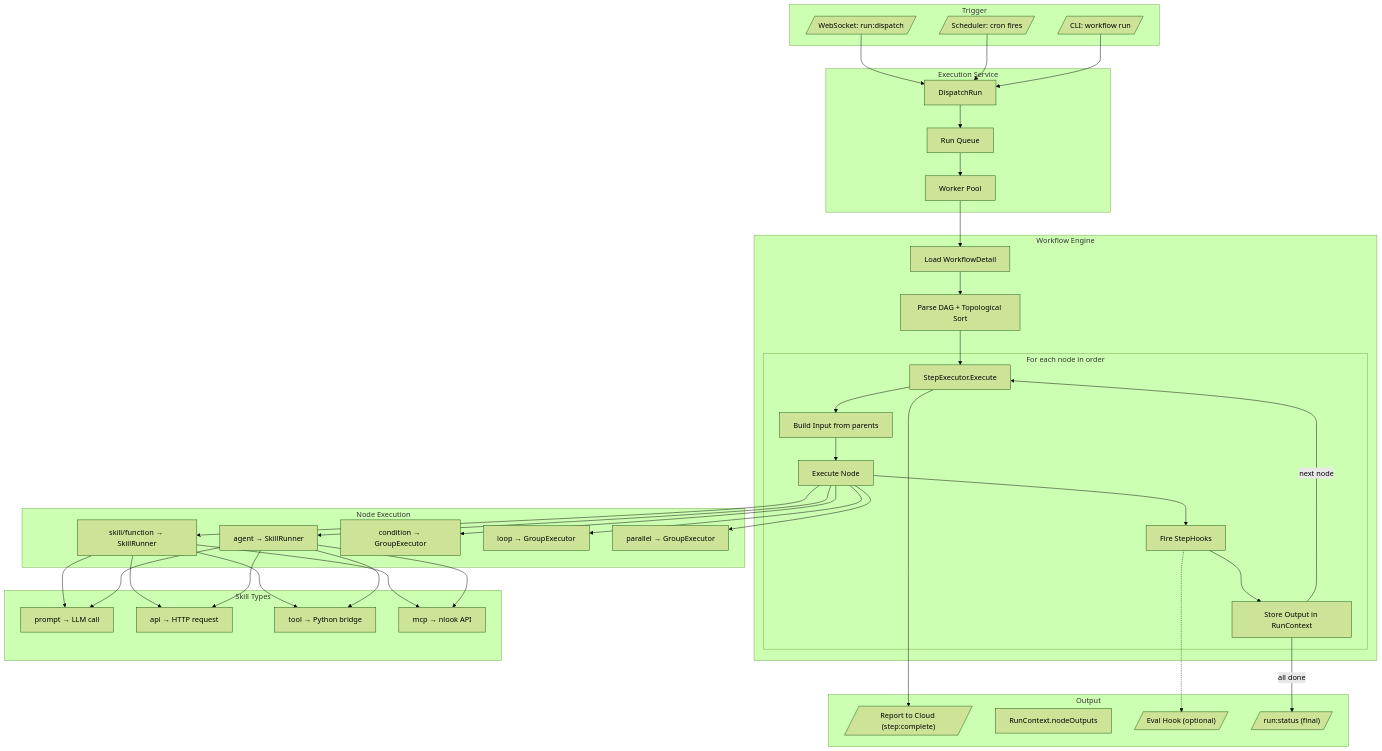
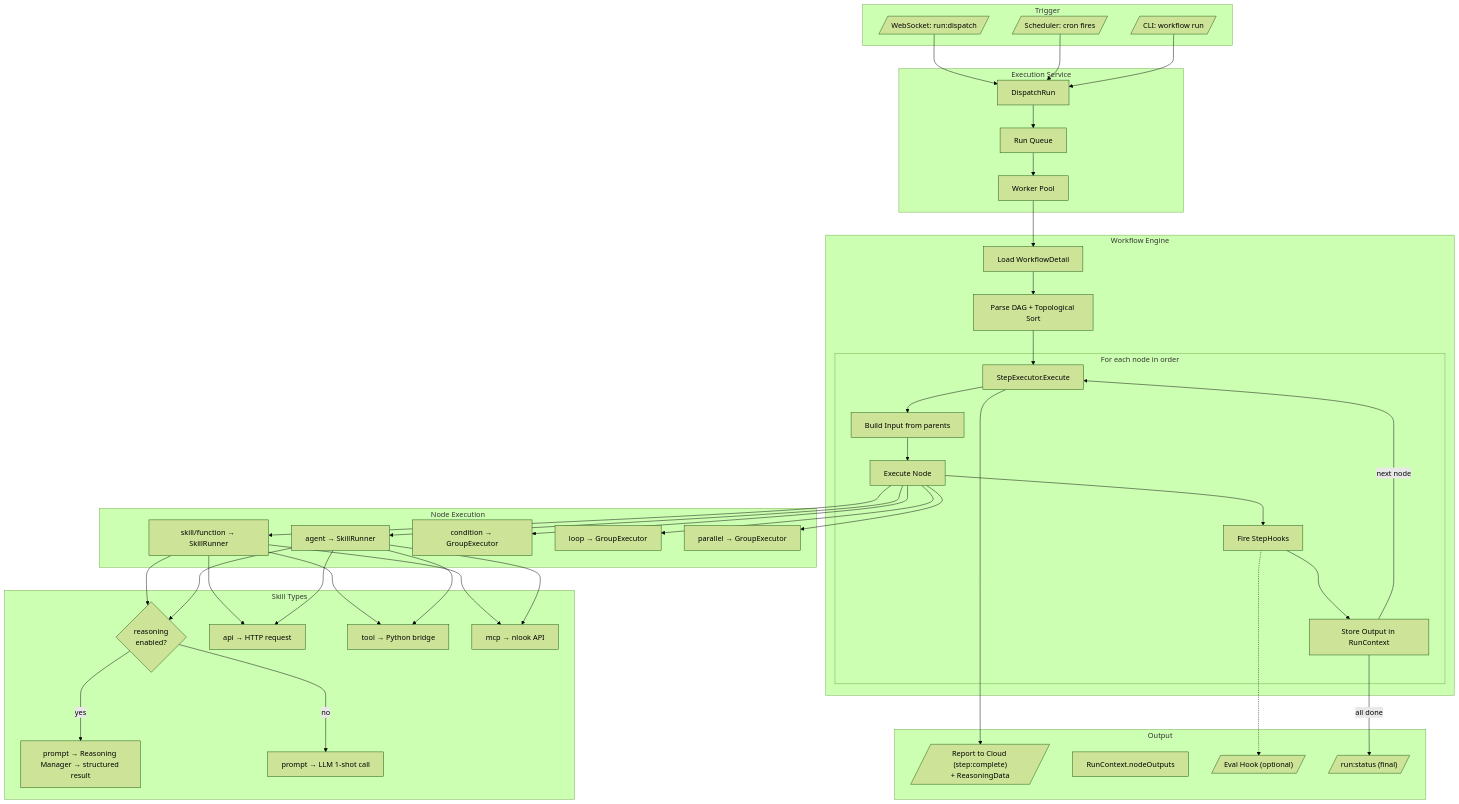
The third of 7 diagrams in README.md (nlook-service/nlook-router), drawn with Mermaid (forest theme) before and after one commit. The commit also changed other lines of this file and 14 other files, not shown here.

````diff
--- a/README.md
+++ b/README.md
@@ -153,61 +163,65 @@
 ```mermaid
 flowchart TB
     subgraph Trigger["Trigger"]
         T1[/"WebSocket: run:dispatch"/]
         T2[/"Scheduler: cron fires"/]
         T3[/"CLI: workflow run"/]
     end
 
     subgraph ExecService["Execution Service"]
         DI[DispatchRun]
         Q[Run Queue]
         W[Worker Pool]
     end
 
     subgraph Engine["Workflow Engine"]
         LOAD[Load WorkflowDetail]
         DAG[Parse DAG + Topological Sort]
 
         subgraph Loop["For each node in order"]
             SE[StepExecutor.Execute]
             BI[Build Input from parents]
             EN[Execute Node]
             HK[Fire StepHooks]
             SO[Store Output in RunContext]
         end
     end
 
     subgraph NodeTypes["Node Execution"]
         SK["skill/function → SkillRunner"]
         AG["agent → SkillRunner"]
         CD["condition → GroupExecutor"]
         LP["loop → GroupExecutor"]
         PL["parallel → GroupExecutor"]
     end
 
     subgraph SkillTypes["Skill Types"]
-        PR[prompt → LLM call]
+        PR{reasoning\nenabled?}
+        PR1[prompt → Reasoning Manager → structured result]
+        PR2[prompt → LLM 1-shot call]
         AP[api → HTTP request]
         TL[tool → Python bridge]
         MC[mcp → nlook API]
     end
 
     subgraph Output["Output"]
-        CL[/"Report to Cloud (step:complete)"/]
+        CL[/"Report to Cloud (step:complete)\n+ ReasoningData"/]
         RC[RunContext.nodeOutputs]
         EH[/"Eval Hook (optional)"/]
         RS[/"run:status (final)"/]
     end
 
     T1 & T2 & T3 --> DI --> Q --> W
     W --> LOAD --> DAG --> SE
     SE --> BI --> EN --> HK --> SO
     SO -->|next node| SE
 
     EN --> SK & AG & CD & LP & PL
     SK & AG --> PR & AP & TL & MC
+    PR -->|yes| PR1
+    PR -->|no| PR2
 
     SE --> CL
     HK -.-> EH
     SO -->|all done| RS
 ```
````
